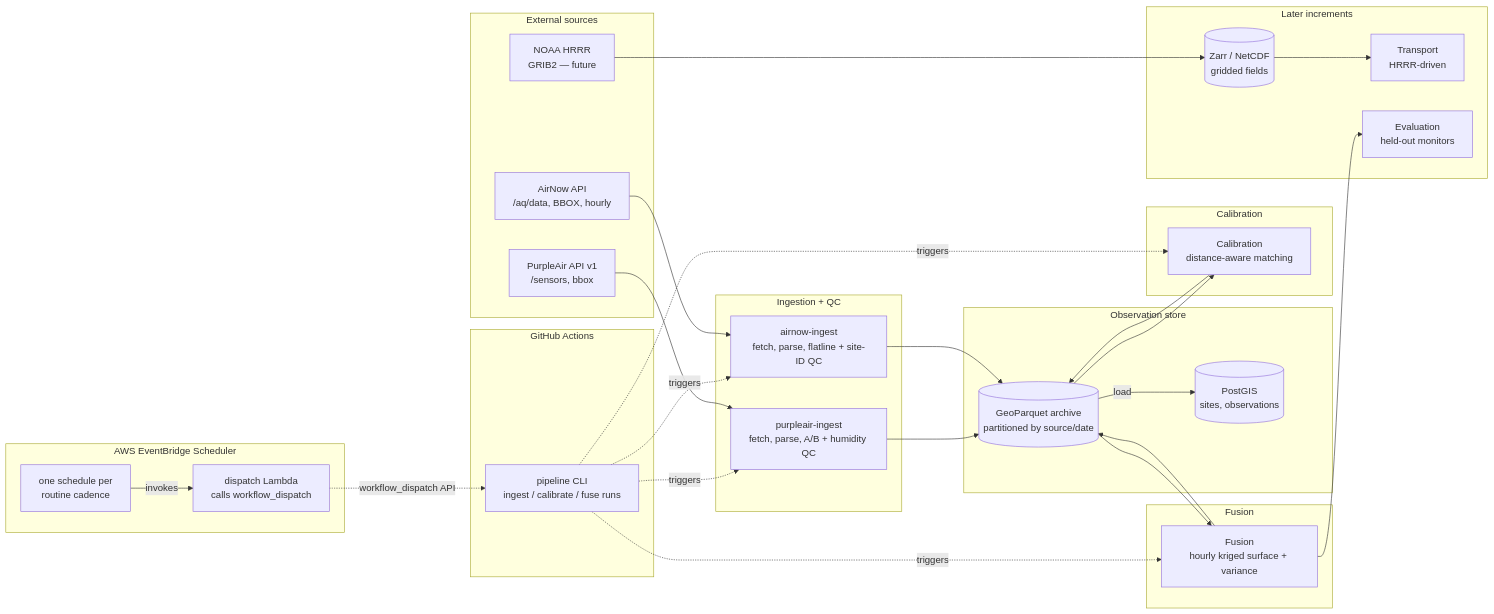
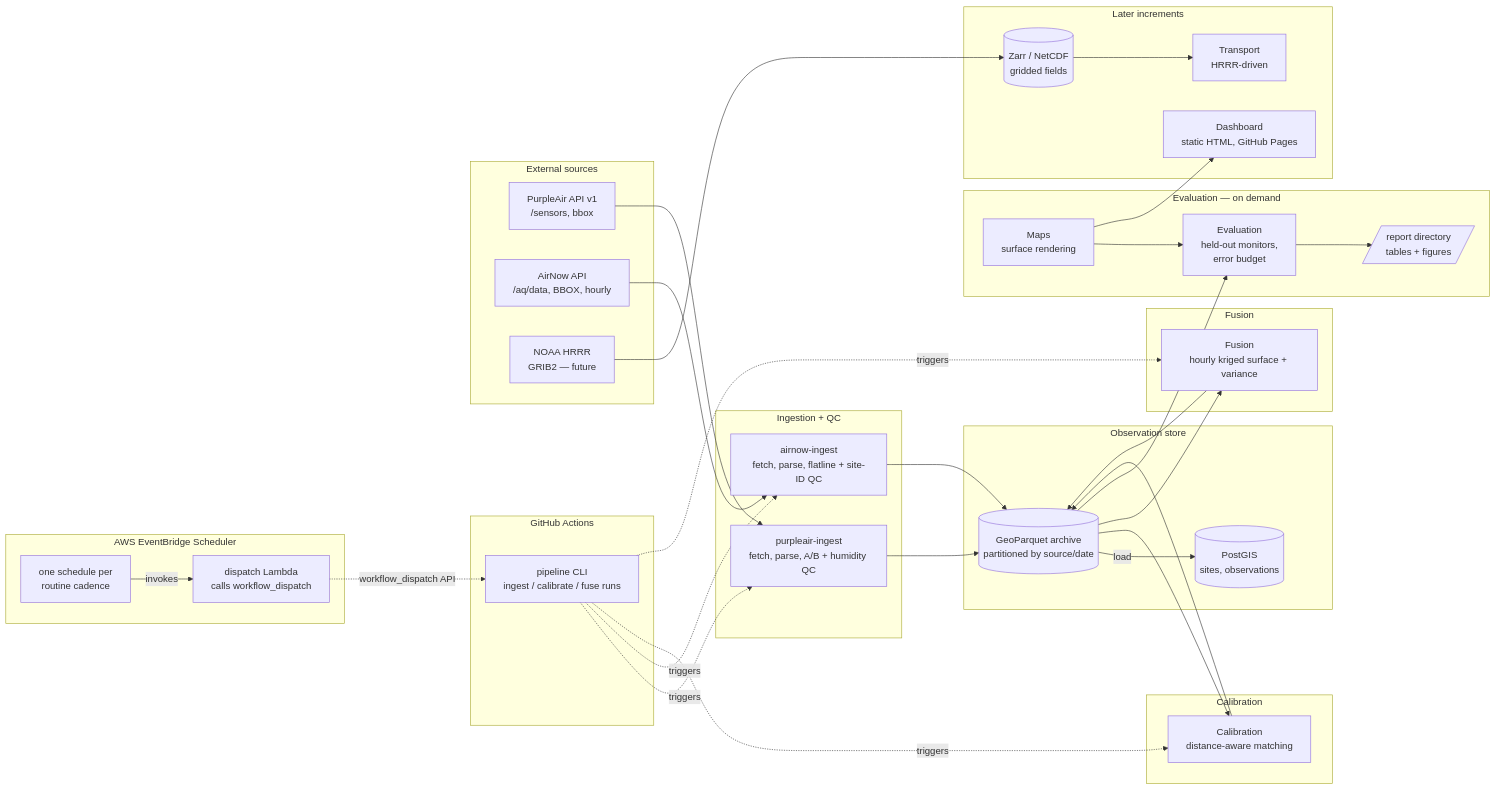
The diagram in docs/high-level-design.md (mattjtravers/air-quality-digital-twin), drawn with Mermaid before and after one commit. The commit also changed other lines of this file and 44 other files, not shown here.

````diff
--- a/docs/high-level-design.md
+++ b/docs/high-level-design.md
@@ -137,55 +140,63 @@
 ```mermaid
 flowchart LR
     subgraph trigger [AWS EventBridge Scheduler]
         EBS[one schedule per<br/>routine cadence]
         LAM[dispatch Lambda<br/>calls workflow_dispatch]
         EBS -->|invokes| LAM
     end
 
     subgraph schedule [GitHub Actions]
         SCH[pipeline CLI<br/>ingest / calibrate / fuse runs]
     end
 
     subgraph sources [External sources]
         PA[PurpleAir API v1<br/>/sensors, bbox]
         AN[AirNow API<br/>/aq/data, BBOX, hourly]
         HR[NOAA HRRR<br/>GRIB2 — future]
     end
 
     subgraph ingest [Ingestion + QC]
         PAI[purpleair-ingest<br/>fetch, parse, A/B + humidity QC]
         ANI[airnow-ingest<br/>fetch, parse, flatline + site-ID QC]
     end
 
     subgraph store [Observation store]
         ARC[(GeoParquet archive<br/>partitioned by source/date)]
         PG[(PostGIS<br/>sites, observations)]
     end
 
     subgraph calibration [Calibration]
         CAL[Calibration<br/>distance-aware matching]
     end
 
     subgraph fusion [Fusion]
         FUS[Fusion<br/>hourly kriged surface + variance]
     end
 
+    subgraph evaluation [Evaluation — on demand]
+        EVL[Evaluation<br/>held-out monitors,<br/>error budget]
+        MAP[Maps<br/>surface rendering]
+        RPT[/report directory<br/>tables + figures/]
+    end
+
     subgraph future [Later increments]
         TRN[Transport<br/>HRRR-driven]
-        EVL[Evaluation<br/>held-out monitors]
         ZR[(Zarr / NetCDF<br/>gridded fields)]
+        DSH[Dashboard<br/>static HTML, GitHub Pages]
     end
 
     LAM -.->|workflow_dispatch API| SCH
     SCH -.->|triggers| PAI
     SCH -.->|triggers| ANI
     SCH -.->|triggers| CAL
     SCH -.->|triggers| FUS
     PA --> PAI --> ARC
     AN --> ANI --> ARC
     ARC -->|load| PG
     ARC --> CAL --> ARC
     ARC --> FUS --> ARC
-    FUS --> EVL
+    ARC --> EVL --> RPT
+    MAP --> EVL
+    MAP --> DSH
     HR --> ZR --> TRN
 ```
````
